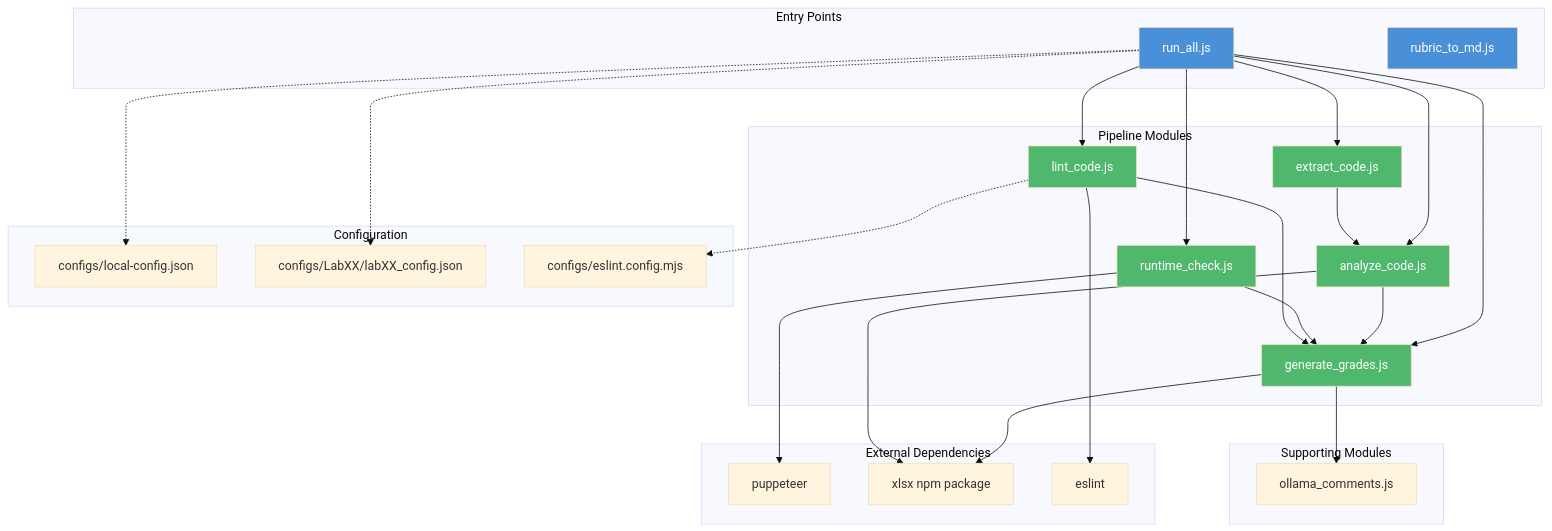
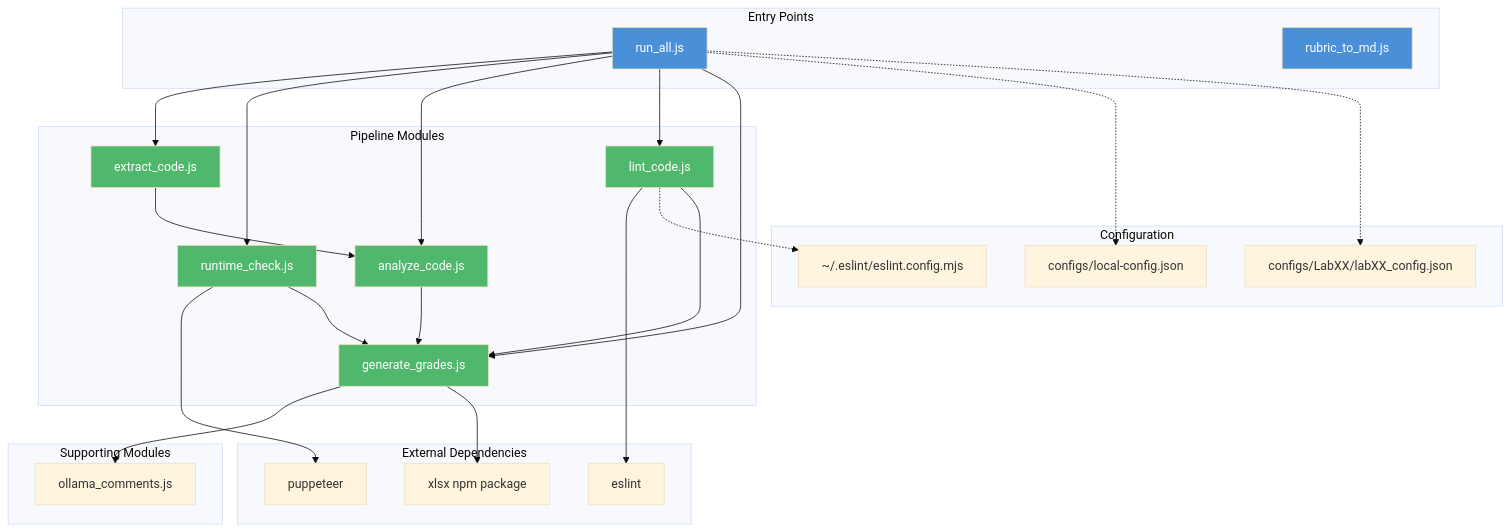
Before and after one commit to ProfBird/CS233JS-AI_Grading: the first of 4 diagrams in DEVELOPER_GUIDE.md, drawn with Mermaid (base theme). The commit also changed other lines of this file and 1 other file, not shown here.

````diff
--- a/DEVELOPER_GUIDE.md
+++ b/DEVELOPER_GUIDE.md
@@ -13,66 +13,65 @@
 ```mermaid
 graph TD
     subgraph "Entry Points"
         run_all[run_all.js]
         rubric_to_md[rubric_to_md.js]
     end
 
     subgraph "Pipeline Modules"
         extract[extract_code.js]
         runtime[runtime_check.js]
         analyze[analyze_code.js]
         lint[lint_code.js]
         grades[generate_grades.js]
     end
 
     subgraph "Supporting Modules"
         ollama[ollama_comments.js]
     end
 
     subgraph "External Dependencies"
         puppeteer
         xlsx_npm[xlsx npm package]
         eslint
     end
 
     subgraph "Configuration"
         local_config[configs/local-config.json]
         lab_configs[configs/LabXX/labXX_config.json]
-        eslint_config[configs/eslint.config.mjs]
+        eslint_config[~/.eslint/eslint.config.mjs]
     end
 
     %% Entry → Pipeline
     run_all --> extract
     run_all --> runtime
     run_all --> analyze
     run_all --> lint
     run_all --> grades
 
     %% Config loading
     run_all -.-> local_config
     run_all -.-> lab_configs
 
     %% Module internal deps
     grades --> ollama
 
     %% External deps
     runtime --> puppeteer
     grades --> xlsx_npm
-    analyze --> xlsx_npm
     lint --> eslint
     lint -.-> eslint_config
 
     %% Data flow direction (for readability)
     extract --> analyze
     analyze --> grades
     runtime --> grades
     lint --> grades
 
     style run_all fill:#4a90d9,color:#fff
     style rubric_to_md fill:#4a90d9,color:#fff
     style extract fill:#50b86c,color:#fff
     style runtime fill:#50b86c,color:#fff
     style analyze fill:#50b86c,color:#fff
     style lint fill:#50b86c,color:#fff
     style grades fill:#50b86c,color:#fff
 ```
````
